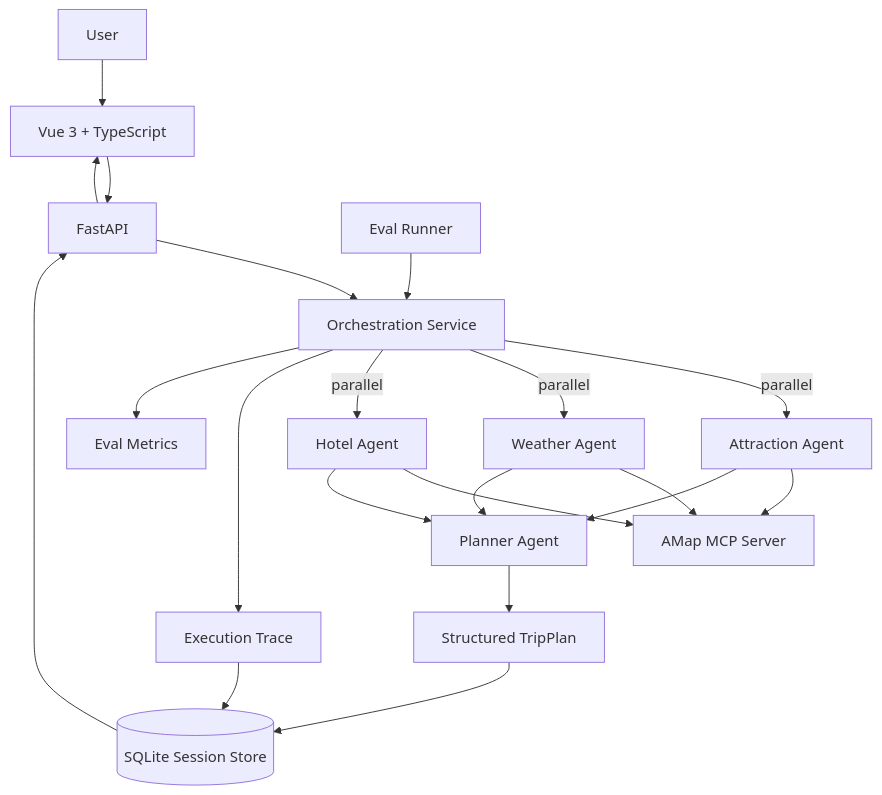
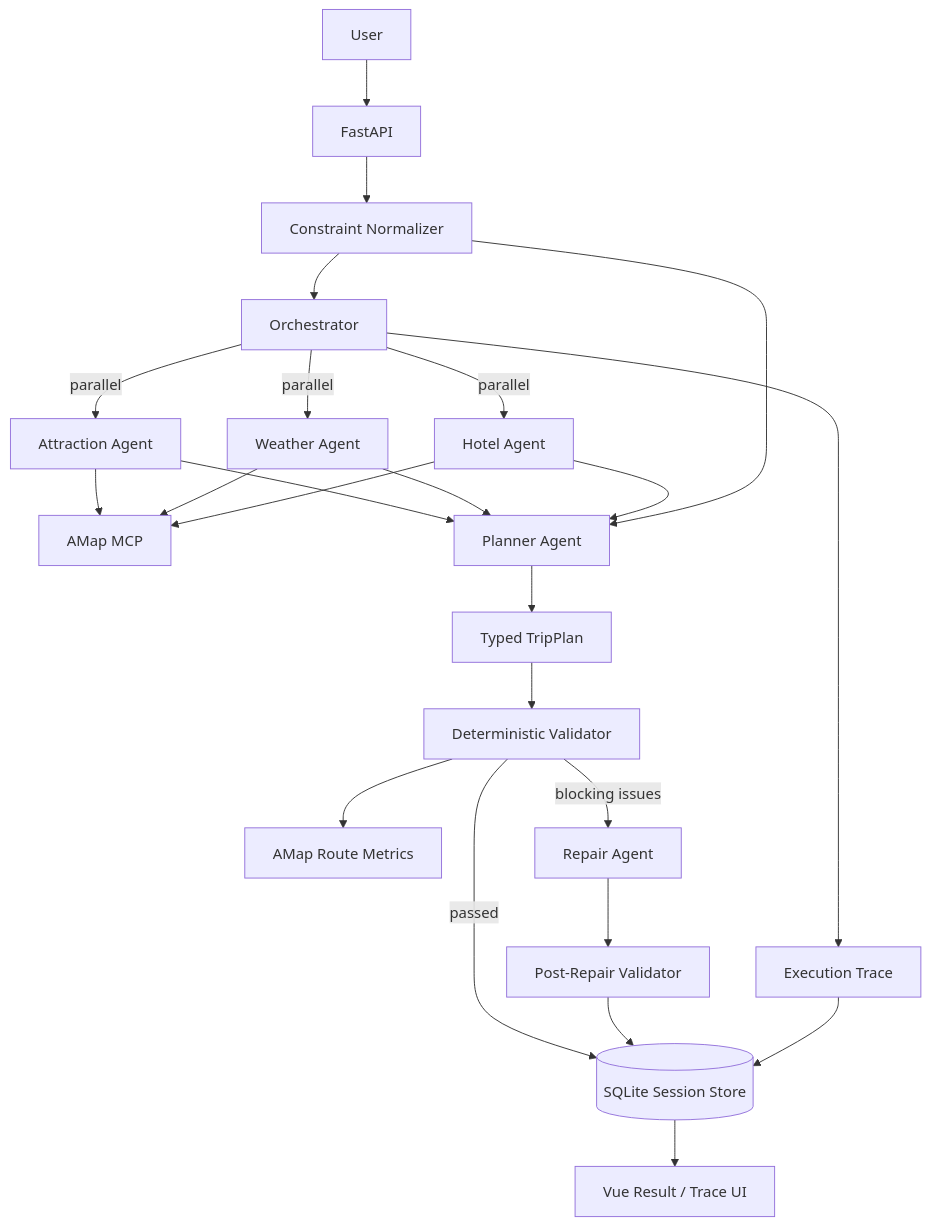
The diagram in README.md (geomini1989-cpu/helloagents-trip-planner), drawn with Mermaid before and after one commit. The commit also changed other lines of this file, not shown here.

Commit message:
docs: document constraint validation and auto-repair loop

````diff
--- a/README.md
+++ b/README.md
@@ -25,29 +28,32 @@
 ```mermaid
 flowchart TD
-    U[User] --> FE[Vue 3 + TypeScript]
-    FE --> API[FastAPI]
-    API --> O[Orchestration Service]
+    U[User] --> API[FastAPI]
+    API --> C[Constraint Normalizer]
+    C --> O[Orchestrator]
 
     O -->|parallel| A[Attraction Agent]
     O -->|parallel| W[Weather Agent]
     O -->|parallel| H[Hotel Agent]
 
-    A --> MCP[AMap MCP Server]
+    A --> MCP[AMap MCP]
     W --> MCP
     H --> MCP
 
     A --> P[Planner Agent]
     W --> P
     H --> P
+    C --> P
 
-    P --> TP[Structured TripPlan]
-    TP --> DB[(SQLite Session Store)]
-    O --> T[Execution Trace]
-    T --> DB
+    P --> T[Typed TripPlan]
+    T --> V[Deterministic Validator]
+    V --> RTE[AMap Route Metrics]
 
-    DB --> API
-    API --> FE
+    V -->|passed| DB[(SQLite Session Store)]
+    V -->|blocking issues| R[Repair Agent]
+    R --> V2[Post-Repair Validator]
+    V2 --> DB
 
-    E[Eval Runner] --> O
-    O --> ER[Eval Metrics]
+    O --> TRACE[Execution Trace]
+    TRACE --> DB
+    DB --> FE[Vue Result / Trace UI]
 ```
````
